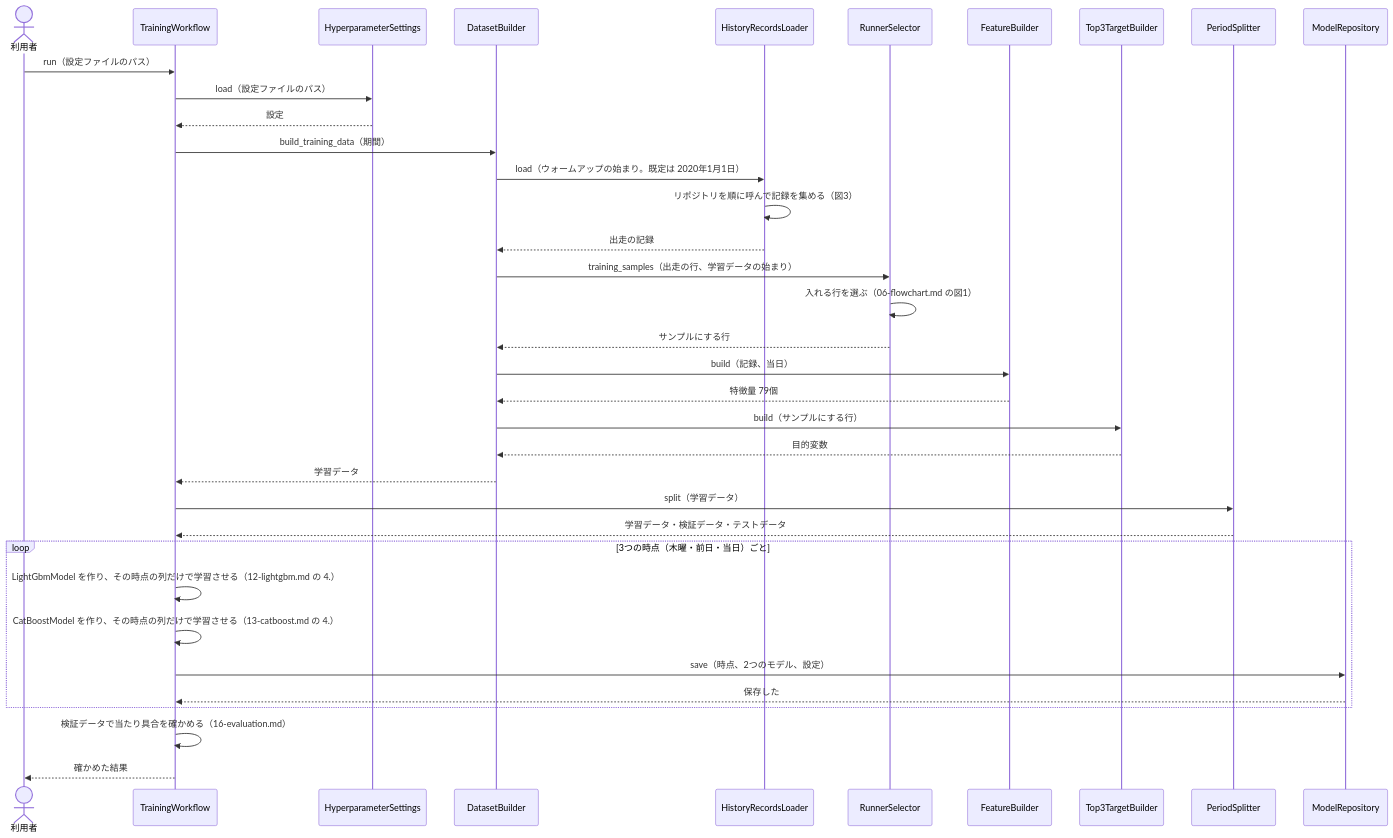
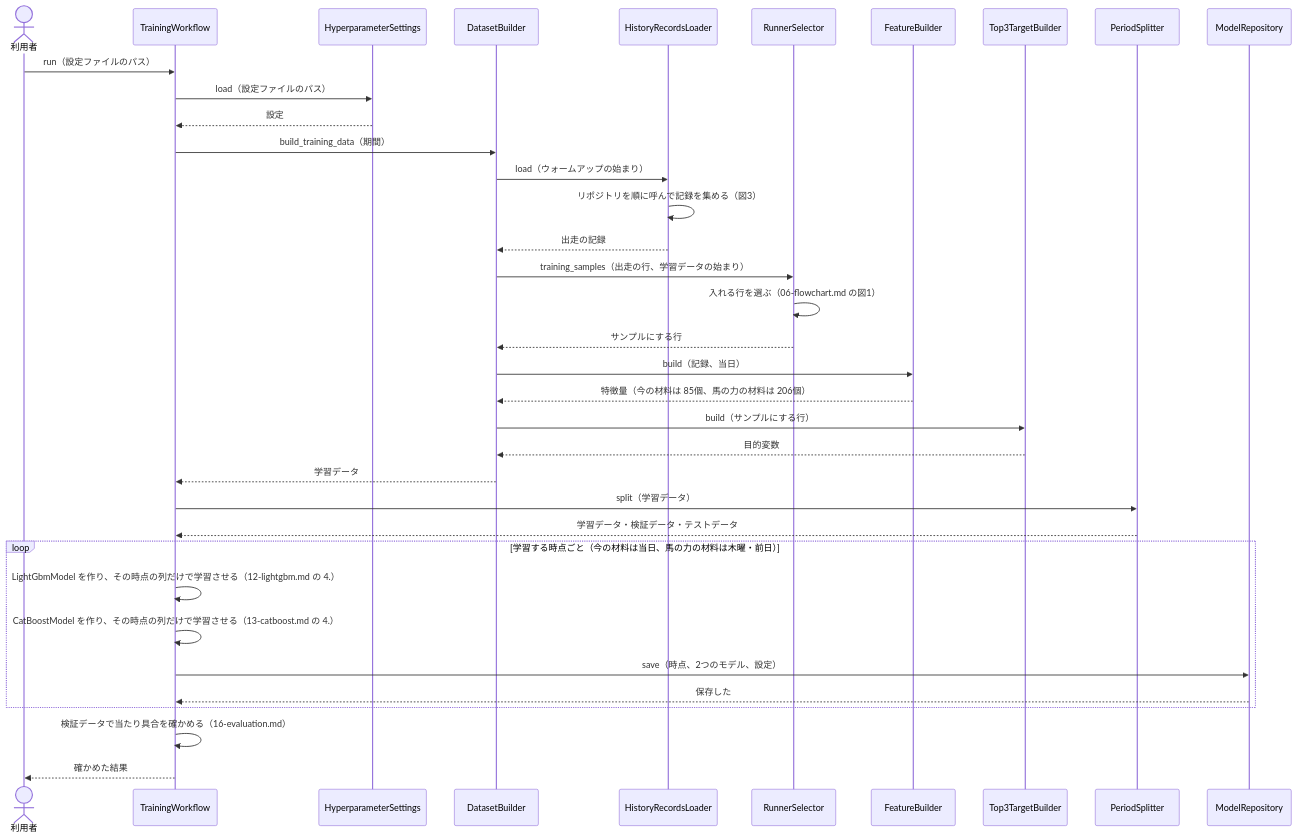
One commit to ht-0328/keiba-yosou changed the first of 4 diagrams in docs/design/近走と適性から3着以内を予想/05-sequence.md. Above: the diagram before and after it, drawn with Mermaid. The commit also changed other lines of this file and 11 other files, not shown here.

````diff
--- a/docs/design/近走と適性から3着以内を予想/05-sequence.md
+++ b/docs/design/近走と適性から3着以内を予想/05-sequence.md
@@ -40,38 +40,38 @@
 ```mermaid
 sequenceDiagram
     actor U as 利用者
     participant W as TrainingWorkflow
     participant H as HyperparameterSettings
     participant D as DatasetBuilder
     participant L as HistoryRecordsLoader
     participant RS as RunnerSelector
     participant F as FeatureBuilder
     participant T as Top3TargetBuilder
     participant S as PeriodSplitter
     participant MR as ModelRepository
     U->>W: run（設定ファイルのパス）
     W->>H: load（設定ファイルのパス）
     H-->>W: 設定
     W->>D: build_training_data（期間）
-    D->>L: load（ウォームアップの始まり。既定は 2020年1月1日）
+    D->>L: load（ウォームアップの始まり）
     L->>L: リポジトリを順に呼んで記録を集める（図3）
     L-->>D: 出走の記録
     D->>RS: training_samples（出走の行、学習データの始まり）
     RS->>RS: 入れる行を選ぶ（06-flowchart.md の図1）
     RS-->>D: サンプルにする行
     D->>F: build（記録、当日）
-    F-->>D: 特徴量 79個
+    F-->>D: 特徴量（今の材料は 85個、馬の力の材料は 206個）
     D->>T: build（サンプルにする行）
     T-->>D: 目的変数
     D-->>W: 学習データ
     W->>S: split（学習データ）
     S-->>W: 学習データ・検証データ・テストデータ
-    loop 3つの時点（木曜・前日・当日）ごと
+    loop 学習する時点ごと（今の材料は当日、馬の力の材料は木曜・前日）
         W->>W: LightGbmModel を作り、その時点の列だけで学習させる（12-lightgbm.md の 4.）
         W->>W: CatBoostModel を作り、その時点の列だけで学習させる（13-catboost.md の 4.）
         W->>MR: save（時点、2つのモデル、設定）
         MR-->>W: 保存した
     end
     W->>W: 検証データで当たり具合を確かめる（16-evaluation.md）
     W-->>U: 確かめた結果
 ```
````
